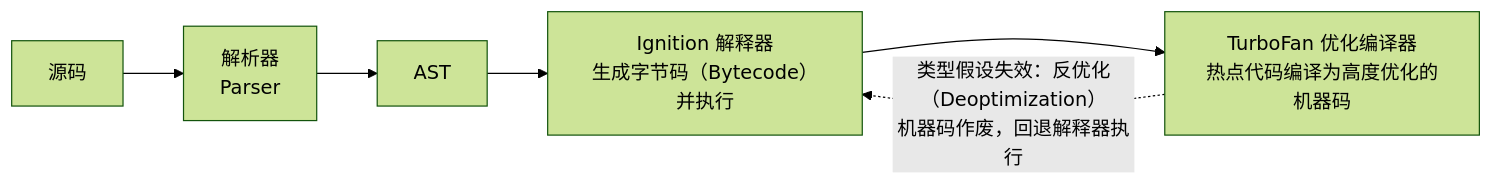
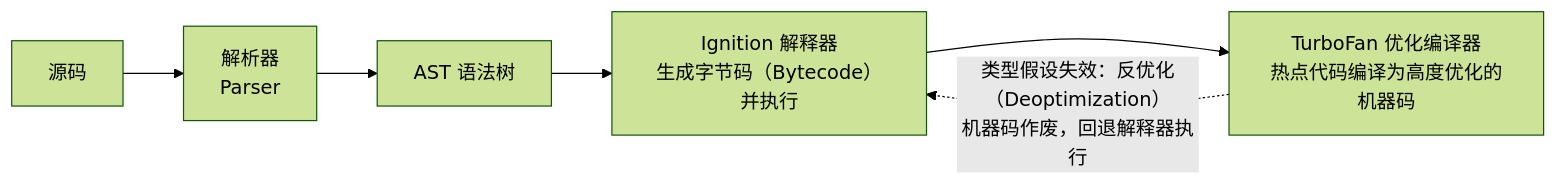
The third of 3 diagrams in fundamentals/browser/index.md (Libao-Jun/solution), drawn with Mermaid (forest theme) before and after one commit. The commit also changed other lines of this file, not shown here.

````diff
--- a/fundamentals/browser/index.md
+++ b/fundamentals/browser/index.md
@@ -374,10 +395,10 @@
 ```mermaid
 flowchart LR
     A["源码"]
     P["解析器<br>Parser"]
-    T["AST"]
+    T["AST 语法树"]
     I["Ignition 解释器<br>生成字节码（Bytecode）并执行"]
     F["TurboFan 优化编译器<br>热点代码编译为高度优化的机器码"]
     A --> P --> T --> I --> F
     F -.->|"类型假设失效：反优化（Deoptimization）<br>机器码作废，回退解释器执行"| I
 ```
````
